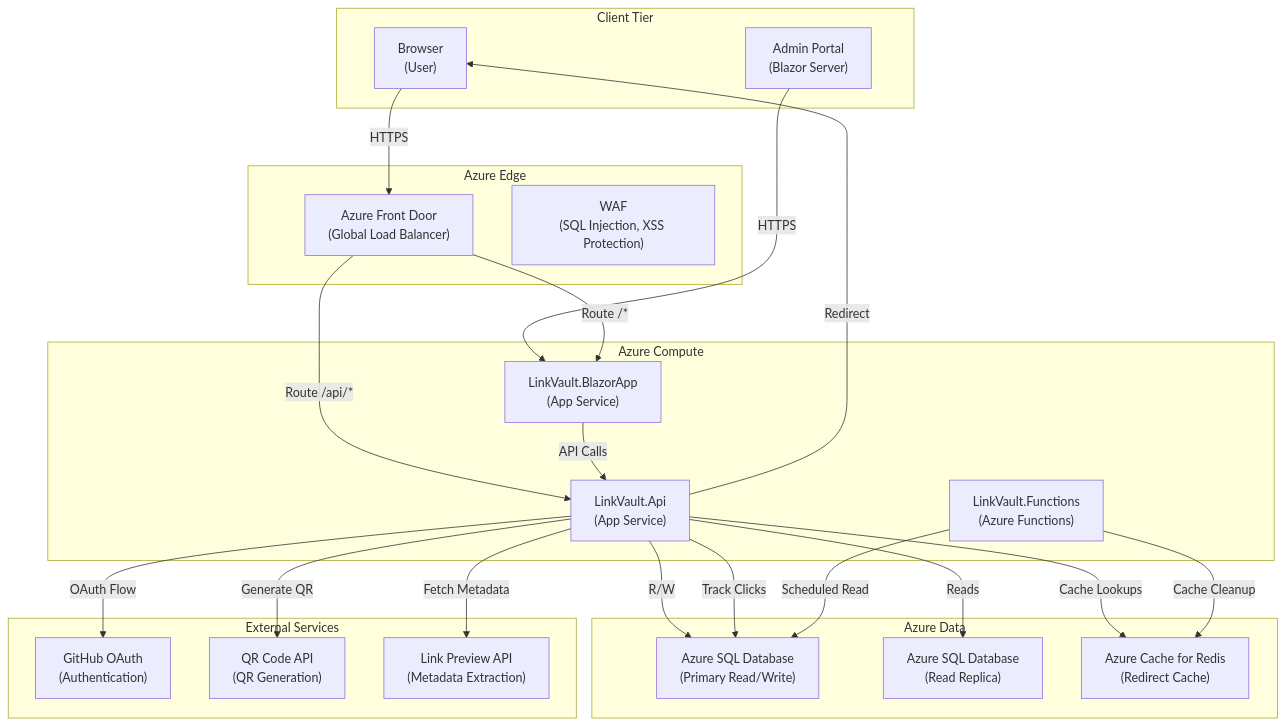
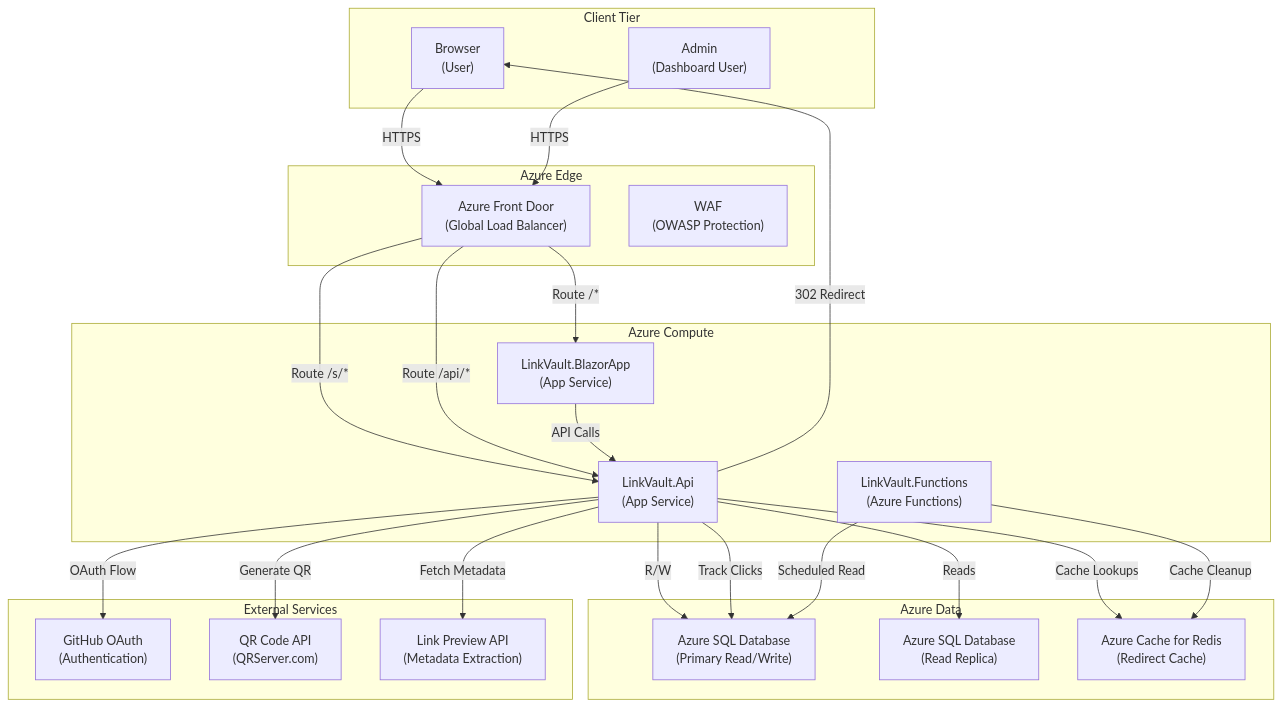
One commit to chrisjamiecarter/CodeReviews.FlagshipProject changed the first of 11 diagrams in FlagshipProject.chrisjamiecarter/README.md. Above: the diagram before and after it, drawn with Mermaid. The commit also changed other lines of this file, not shown here.

Commit message:
Updated: ER Diagram ExternalLogins System Architecture QR Code API Dependency Rules Prerequisites

````diff
--- a/FlagshipProject.chrisjamiecarter/README.md
+++ b/FlagshipProject.chrisjamiecarter/README.md
@@ -144,46 +171,47 @@
 ```mermaid
 graph TB
     subgraph Client["Client Tier"]
         Browser["Browser<br/>(User)"]
-        Admin["Admin Portal<br/>(Blazor Server)"]
+        Admin["Admin<br/>(Dashboard User)"]
     end
 
     subgraph AzureEdge["Azure Edge"]
         FrontDoor["Azure Front Door<br/>(Global Load Balancer)"]
-        WAF["WAF<br/>(SQL Injection, XSS Protection)"]
+        WAF["WAF<br/>(OWASP Protection)"]
     end
 
     subgraph AzureCompute["Azure Compute"]
         BlazorApp["LinkVault.BlazorApp<br/>(App Service)"]
         ApiApp["LinkVault.Api<br/>(App Service)"]
         FuncApp["LinkVault.Functions<br/>(Azure Functions)"]
     end
 
     subgraph AzureData["Azure Data"]
         SqlDb["Azure SQL Database<br/>(Primary Read/Write)"]
         SqlDbReplica["Azure SQL Database<br/>(Read Replica)"]
         Redis["Azure Cache for Redis<br/>(Redirect Cache)"]
     end
 
     subgraph External["External Services"]
         Github["GitHub OAuth<br/>(Authentication)"]
-        QrApi["QR Code API<br/>(QR Generation)"]
+        QrApi["QR Code API<br/>(QRServer.com)"]
         PreviewApi["Link Preview API<br/>(Metadata Extraction)"]
     end
 
     Browser -->|"HTTPS"| FrontDoor
-    Admin -->|"HTTPS"| BlazorApp
+    Admin -->|"HTTPS"| FrontDoor
+    FrontDoor -->|"Route /s/*"| ApiApp
     FrontDoor -->|"Route /api/*"| ApiApp
     FrontDoor -->|"Route /*"| BlazorApp
     BlazorApp -->|"API Calls"| ApiApp
     ApiApp -->|"R/W"| SqlDb
     ApiApp -->|"Reads"| SqlDbReplica
     ApiApp -->|"Cache Lookups"| Redis
-    ApiApp -->|"Redirect"| Browser
+    ApiApp -->|"302 Redirect"| Browser
     ApiApp -->|"Track Clicks"| SqlDb
     FuncApp -->|"Scheduled Read"| SqlDb
     FuncApp -->|"Cache Cleanup"| Redis
     ApiApp -->|"OAuth Flow"| Github
     ApiApp -->|"Generate QR"| QrApi
     ApiApp -->|"Fetch Metadata"| PreviewApi
 ```
````
